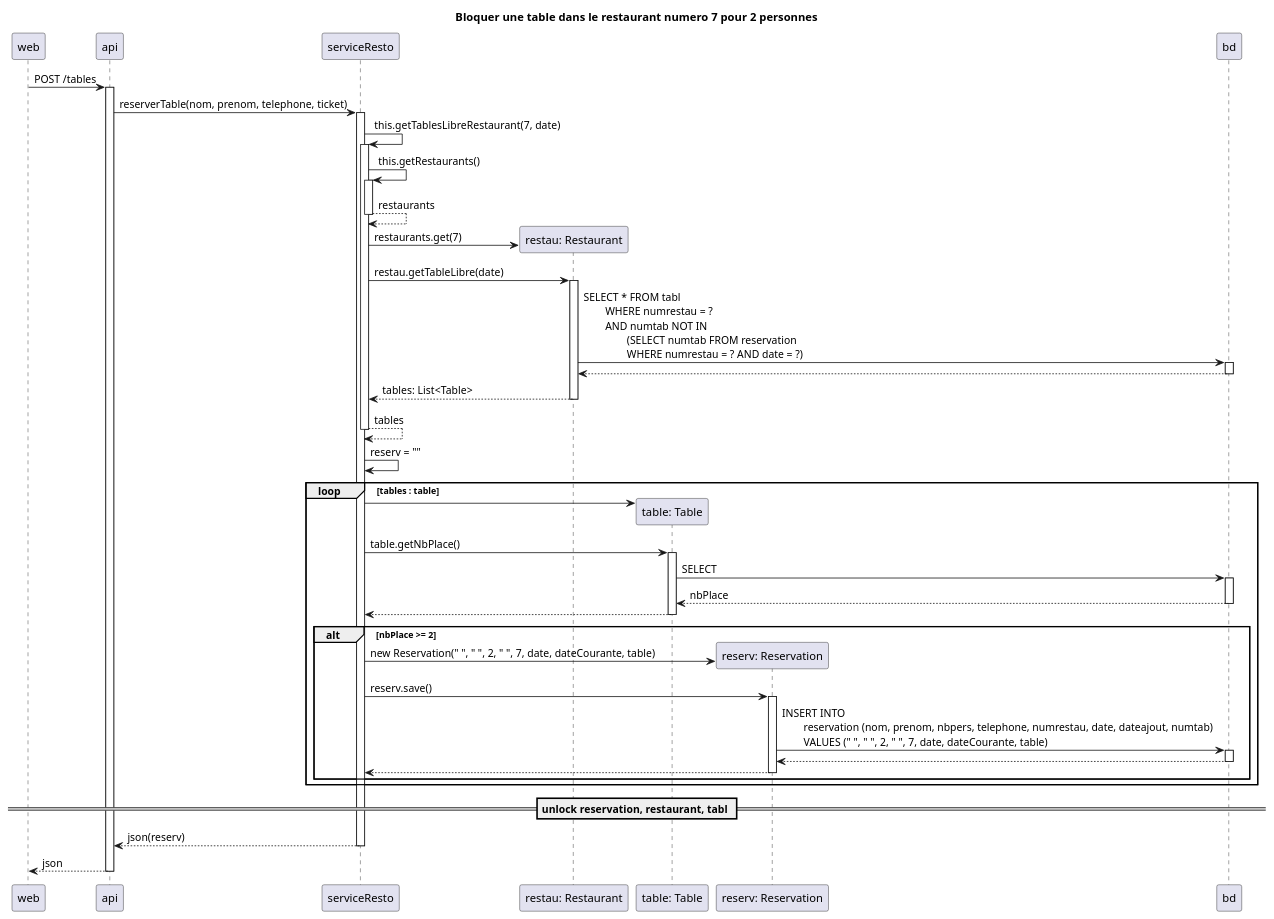
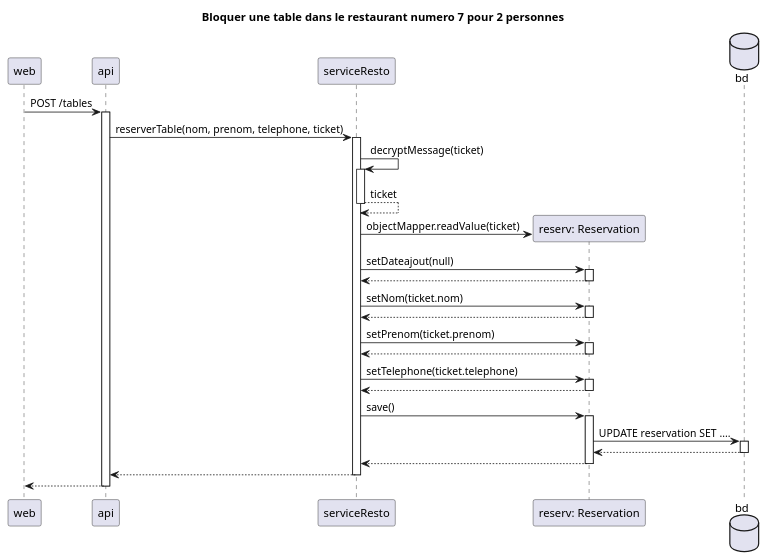
Before and after one commit to GregoireHirtz/SAE-ProgAppRep: the diagram in doc/uml/valider_reservation.puml, drawn with PlantUML. The commit also changed 4 other files, not shown here.

```diff
--- a/doc/uml/valider_reservation.puml
+++ b/doc/uml/valider_reservation.puml
@@ -1,82 +1,60 @@
 @startuml
 'https://plantuml.com/sequence-diagram
 
 /'autonumber'/
 
 title Bloquer une table dans le restaurant numero 7 pour 2 personnes
 
 web -> api : POST /tables
 activate api
 
 api -> "serviceResto" : reserverTable(nom, prenom, telephone, ticket)
 activate "serviceResto"
 
-
-"serviceResto" -> "serviceResto" : this.getTablesLibreRestaurant(7, date)
+"serviceResto" -> "serviceResto" : decryptMessage(ticket)
 activate "serviceResto"
-
-"serviceResto" -> "serviceResto" : this.getRestaurants()
-activate "serviceResto"
-"serviceResto" --> "serviceResto" : restaurants
+"serviceResto" --> "serviceResto" : ticket
 deactivate "serviceResto"
 
-create "restau: Restaurant"
-"serviceResto" -> "restau: Restaurant" : restaurants.get(7)
+create "reserv: Reservation"
+"serviceResto" -> "reserv: Reservation" :  objectMapper.readValue(ticket)
 
-"serviceResto" -> "restau: Restaurant" : restau.getTableLibre(date)
-activate "restau: Restaurant"
+"serviceResto" -> "reserv: Reservation" : setDateajout(null)
+activate "reserv: Reservation"
+"serviceResto" <-- "reserv: Reservation"
+deactivate "reserv: Reservation"
 
-"restau: Restaurant" -> bd : SELECT * FROM tabl \n\tWHERE numrestau = ? \n\tAND numtab NOT IN \n\t\t(SELECT numtab FROM reservation \n\t\tWHERE numrestau = ? AND date = ?)
-activate bd
+"serviceResto" -> "reserv: Reservation" : setNom(ticket.nom)
+activate "reserv: Reservation"
+"serviceResto" <-- "reserv: Reservation"
+deactivate "reserv: Reservation"
 
-"restau: Restaurant" <-- bd
-deactivate bd
+"serviceResto" -> "reserv: Reservation" : setPrenom(ticket.prenom)
+activate "reserv: Reservation"
+"serviceResto" <-- "reserv: Reservation"
+deactivate "reserv: Reservation"
 
-"serviceResto" <-- "restau: Restaurant" : tables: List<Table>
-deactivate "restau: Restaurant"
+"serviceResto" -> "reserv: Reservation" : setTelephone(ticket.telephone)
+activate "reserv: Reservation"
+"serviceResto" <-- "reserv: Reservation"
+deactivate "reserv: Reservation"
 
-"serviceResto" --> "serviceResto" : tables
+"serviceResto" -> "reserv: Reservation" : save()
+activate "reserv: Reservation"
+
+    database bd
+    "reserv: Reservation" -> bd : UPDATE reservation SET ....
+    activate bd
+    "reserv: Reservation" <-- bd
+    deactivate
+
+"serviceResto" <-- "reserv: Reservation"
+deactivate "reserv: Reservation"
+
+api <-- "serviceResto"
 deactivate "serviceResto"
 
-"serviceResto" -> "serviceResto" : reserv = ""
-
-loop tables : table
-    create "table: Table"
-    "serviceResto" -> "table: Table"
-
-    "serviceResto" -> "table: Table": table.getNbPlace()
-    activate "table: Table"
-
-    "table: Table" -> bd : SELECT
-    activate bd
-    "table: Table" <-- bd : nbPlace
-    deactivate bd
-
-    "serviceResto" <-- "table: Table"
-    deactivate "table: Table"
-
-    alt nbPlace >= 2
-        create "reserv: Reservation"
-        "serviceResto" -> "reserv: Reservation" : new Reservation(" ", " ", 2, " ", 7, date, dateCourante, table)
-
-        "serviceResto" -> "reserv: Reservation" : reserv.save()
-        activate "reserv: Reservation"
-
-        database bd
-        "reserv: Reservation" -> bd : INSERT INTO \n\treservation (nom, prenom, nbpers, telephone, numrestau, date, dateajout, numtab) \n\tVALUES (" ", " ", 2, " ", 7, date, dateCourante, table)
-        activate bd
-        "reserv: Reservation" <-- bd
-        deactivate bd
-
-        "serviceResto" <-- "reserv: Reservation"
-        deactivate "reserv: Reservation"
-    end
-end
-== unlock reservation, restaurant, tabl ==
-api <-- "serviceResto" : json(reserv)
-deactivate "serviceResto"
-
-web <-- api : json
+web <-- api
 deactivate api
 
 @enduml
```
